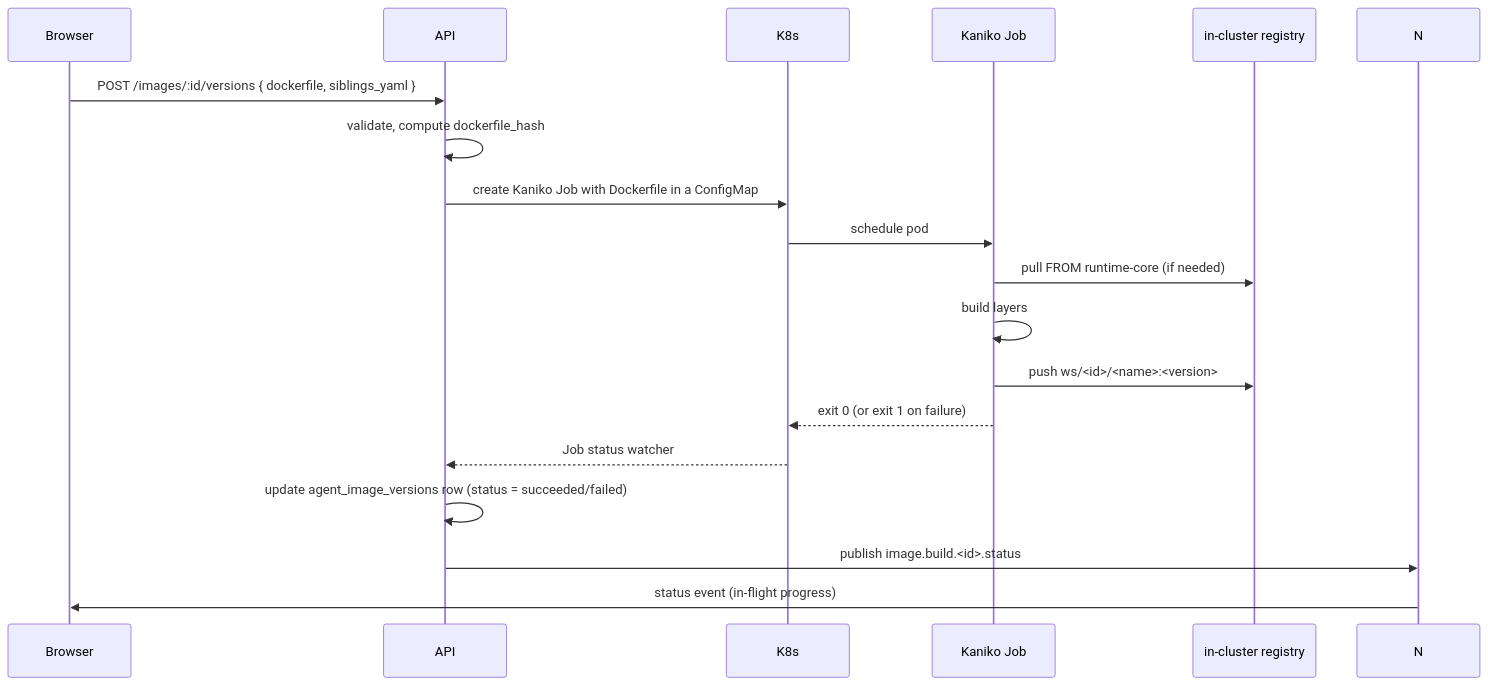
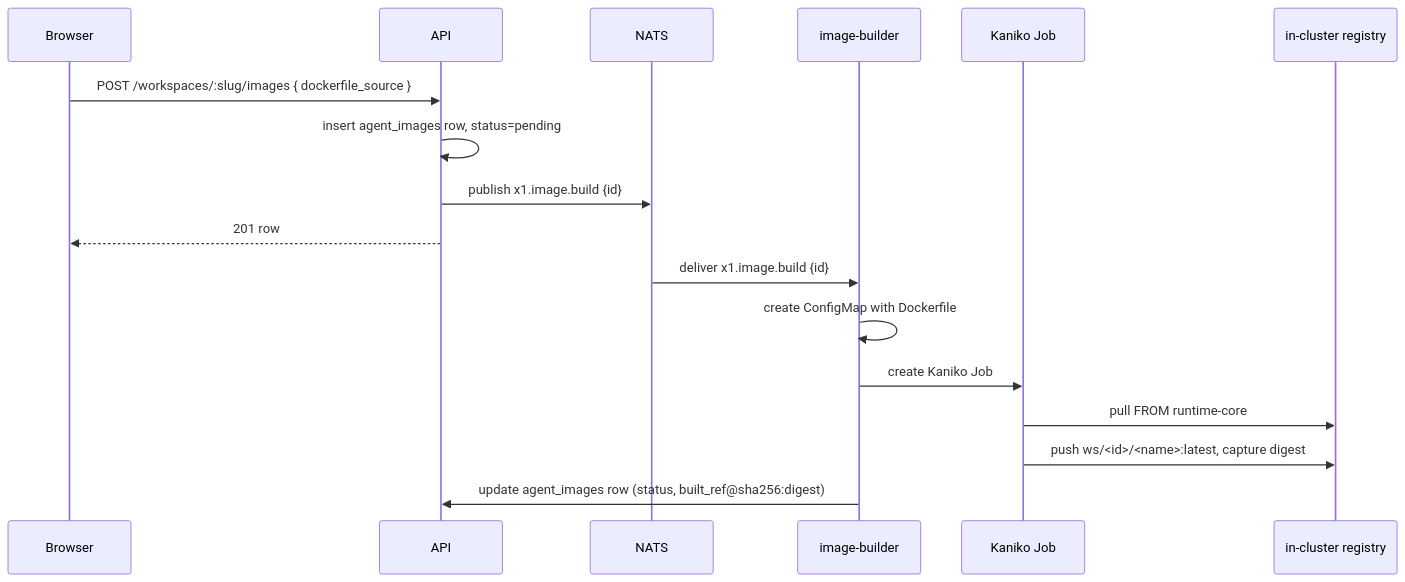
One commit to x1agent/x1agent changed the second of 2 diagrams in docs/src/content/docs/deployment/in-cluster-registry.md. Above: the diagram before and after it, drawn with Mermaid. The commit also changed other lines of this file and 1 other file, not shown here.

First line of the commit message:
docs(image-catalog): Phase 2 architecture for workspace-authored images

````diff
--- a/docs/src/content/docs/deployment/in-cluster-registry.md
+++ b/docs/src/content/docs/deployment/in-cluster-registry.md
@@ -101,21 +103,20 @@
 ```mermaid
 sequenceDiagram
     participant UI as Browser
     participant API
-    participant K8s
+    participant N as NATS
+    participant W as image-builder
     participant Kaniko as Kaniko Job
     participant Reg as in-cluster registry
 
-    UI->>API: POST /images/:id/versions { dockerfile, siblings_yaml }
-    API->>API: validate, compute dockerfile_hash
-    API->>K8s: create Kaniko Job with Dockerfile in a ConfigMap
-    K8s->>Kaniko: schedule pod
-    Kaniko->>Reg: pull FROM runtime-core (if needed)
-    Kaniko->>Kaniko: build layers
-    Kaniko->>Reg: push ws/<id>/<name>:<version>
-    Kaniko-->>K8s: exit 0 (or exit 1 on failure)
-    K8s-->>API: Job status watcher
-    API->>API: update agent_image_versions row (status = succeeded/failed)
-    API->>N: publish image.build.<id>.status
-    N->>UI: status event (in-flight progress)
+    UI->>API: POST /workspaces/:slug/images { dockerfile_source }
+    API->>API: insert agent_images row, status=pending
+    API->>N: publish x1.image.build {id}
+    API-->>UI: 201 row
+    N->>W: deliver x1.image.build {id}
+    W->>W: create ConfigMap with Dockerfile
+    W->>Kaniko: create Kaniko Job
+    Kaniko->>Reg: pull FROM runtime-core
+    Kaniko->>Reg: push ws/<id>/<name>:latest, capture digest
+    W->>API: update agent_images row (status, built_ref@sha256:digest)
 ```
````
